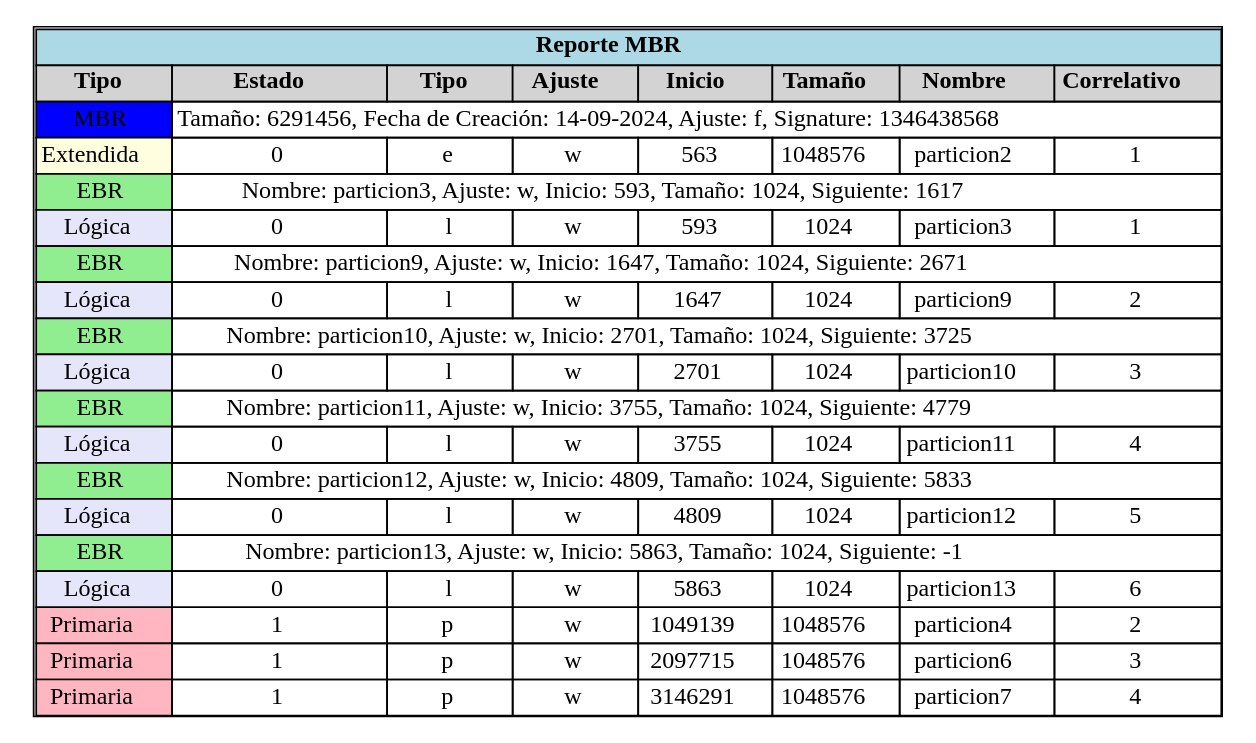
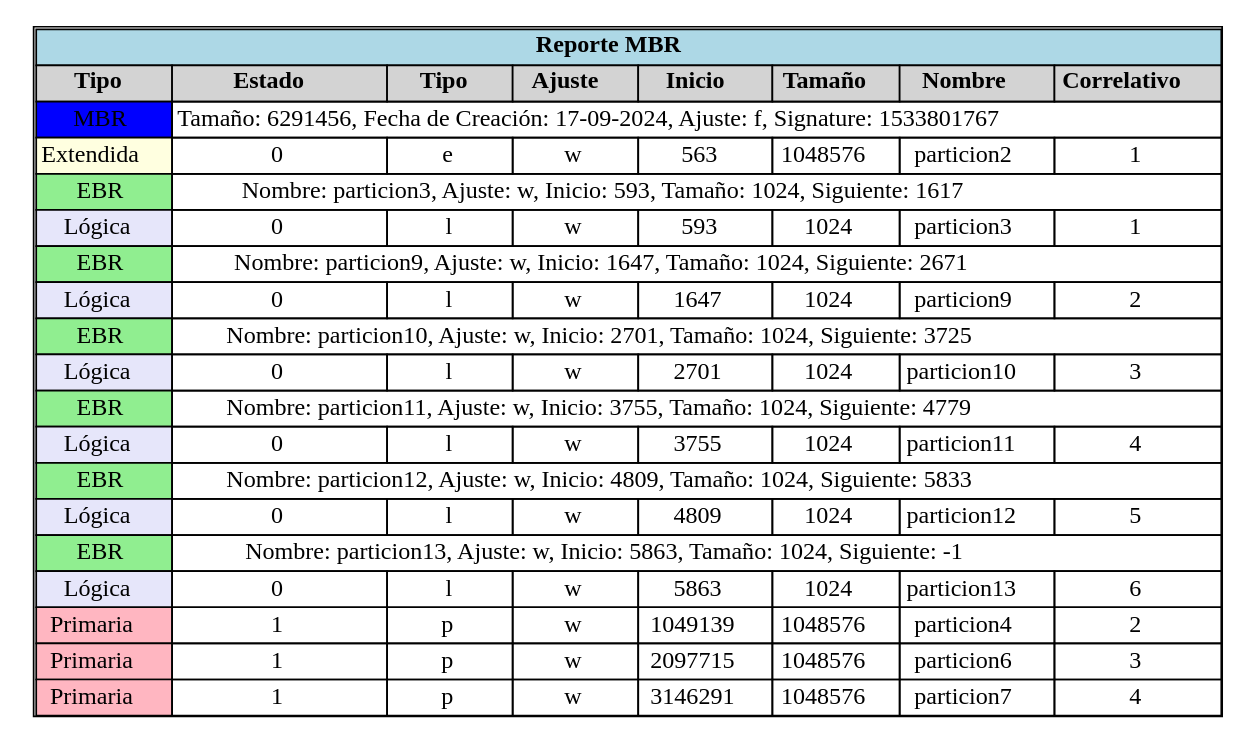
Before and after one commit to PabloR03/MIA_2S_P1_202201947: the diagram in atras-fin/REPORTEMBR.dot, drawn with Graphviz. The commit also changed 8 other files, not shown here.

```diff
--- a/atras-fin/REPORTEMBR.dot
+++ b/atras-fin/REPORTEMBR.dot
@@ -1,26 +1,26 @@
 digraph G {
 node [shape=plaintext];
 tabla [label=<
 <table border='1' cellborder='1' cellspacing='0'>
 <tr><td colspan='8' bgcolor='lightblue'><b>Reporte MBR</b></td></tr>
 <tr><td bgcolor='lightgray'><b>Tipo</b></td><td bgcolor='lightgray'><b>Estado</b></td><td bgcolor='lightgray'><b>Tipo</b></td><td bgcolor='lightgray'><b>Ajuste</b></td><td bgcolor='lightgray'><b>Inicio</b></td><td bgcolor='lightgray'><b>Tamaño</b></td><td bgcolor='lightgray'><b>Nombre</b></td><td bgcolor='lightgray'><b>Correlativo</b></td></tr>
-<tr><td bgcolor='blue'>MBR</td><td colspan='7'>Tamaño: 6291456, Fecha de Creación: 14-09-2024, Ajuste: f, Signature: 1346438568</td></tr>
+<tr><td bgcolor='blue'>MBR</td><td colspan='7'>Tamaño: 6291456, Fecha de Creación: 17-09-2024, Ajuste: f, Signature: 1533801767</td></tr>
 <tr><td bgcolor='lightyellow'>Extendida</td><td>0</td><td>e</td><td>w</td><td>563</td><td>1048576</td><td>particion2</td><td>1</td></tr>
 <tr><td bgcolor='lightgreen'>EBR</td><td colspan='7'>Nombre: particion3, Ajuste: w, Inicio: 593, Tamaño: 1024, Siguiente: 1617</td></tr>
 <tr><td bgcolor='lavender'>Lógica</td><td>0</td><td>l</td><td>w</td><td>593</td><td>1024</td><td>particion3</td><td>1</td></tr>
 <tr><td bgcolor='lightgreen'>EBR</td><td colspan='7'>Nombre: particion9, Ajuste: w, Inicio: 1647, Tamaño: 1024, Siguiente: 2671</td></tr>
 <tr><td bgcolor='lavender'>Lógica</td><td>0</td><td>l</td><td>w</td><td>1647</td><td>1024</td><td>particion9</td><td>2</td></tr>
 <tr><td bgcolor='lightgreen'>EBR</td><td colspan='7'>Nombre: particion10, Ajuste: w, Inicio: 2701, Tamaño: 1024, Siguiente: 3725</td></tr>
 <tr><td bgcolor='lavender'>Lógica</td><td>0</td><td>l</td><td>w</td><td>2701</td><td>1024</td><td>particion10</td><td>3</td></tr>
 <tr><td bgcolor='lightgreen'>EBR</td><td colspan='7'>Nombre: particion11, Ajuste: w, Inicio: 3755, Tamaño: 1024, Siguiente: 4779</td></tr>
 <tr><td bgcolor='lavender'>Lógica</td><td>0</td><td>l</td><td>w</td><td>3755</td><td>1024</td><td>particion11</td><td>4</td></tr>
 <tr><td bgcolor='lightgreen'>EBR</td><td colspan='7'>Nombre: particion12, Ajuste: w, Inicio: 4809, Tamaño: 1024, Siguiente: 5833</td></tr>
 <tr><td bgcolor='lavender'>Lógica</td><td>0</td><td>l</td><td>w</td><td>4809</td><td>1024</td><td>particion12</td><td>5</td></tr>
 <tr><td bgcolor='lightgreen'>EBR</td><td colspan='7'>Nombre: particion13, Ajuste: w, Inicio: 5863, Tamaño: 1024, Siguiente: -1</td></tr>
 <tr><td bgcolor='lavender'>Lógica</td><td>0</td><td>l</td><td>w</td><td>5863</td><td>1024</td><td>particion13</td><td>6</td></tr>
 <tr><td bgcolor='lightpink'>Primaria</td><td>1</td><td>p</td><td>w</td><td>1049139</td><td>1048576</td><td>particion4</td><td>2</td></tr>
 <tr><td bgcolor='lightpink'>Primaria</td><td>1</td><td>p</td><td>w</td><td>2097715</td><td>1048576</td><td>particion6</td><td>3</td></tr>
 <tr><td bgcolor='lightpink'>Primaria</td><td>1</td><td>p</td><td>w</td><td>3146291</td><td>1048576</td><td>particion7</td><td>4</td></tr>
 </table>
 >];
 }
```
